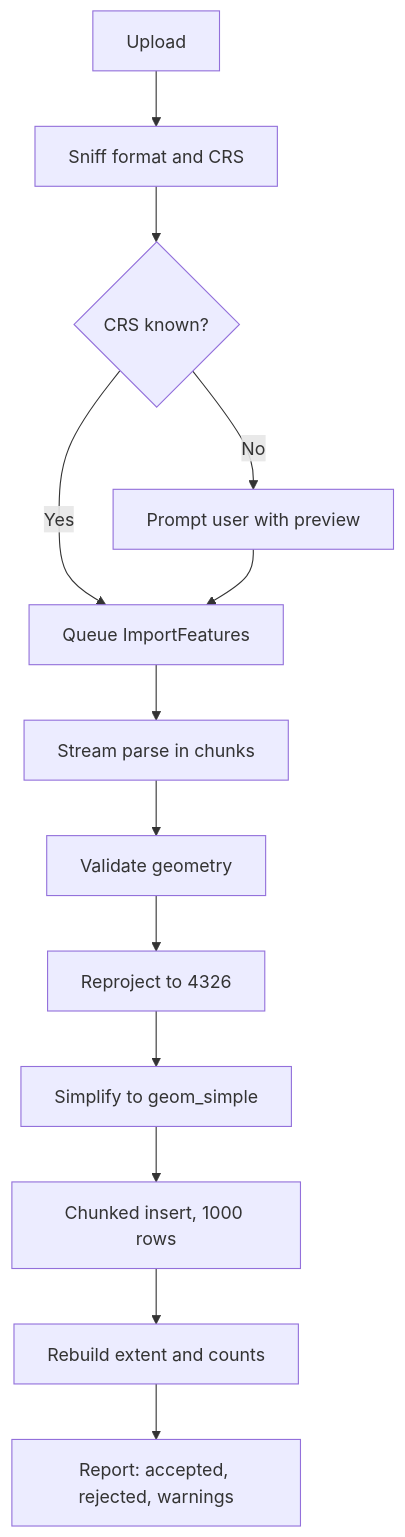
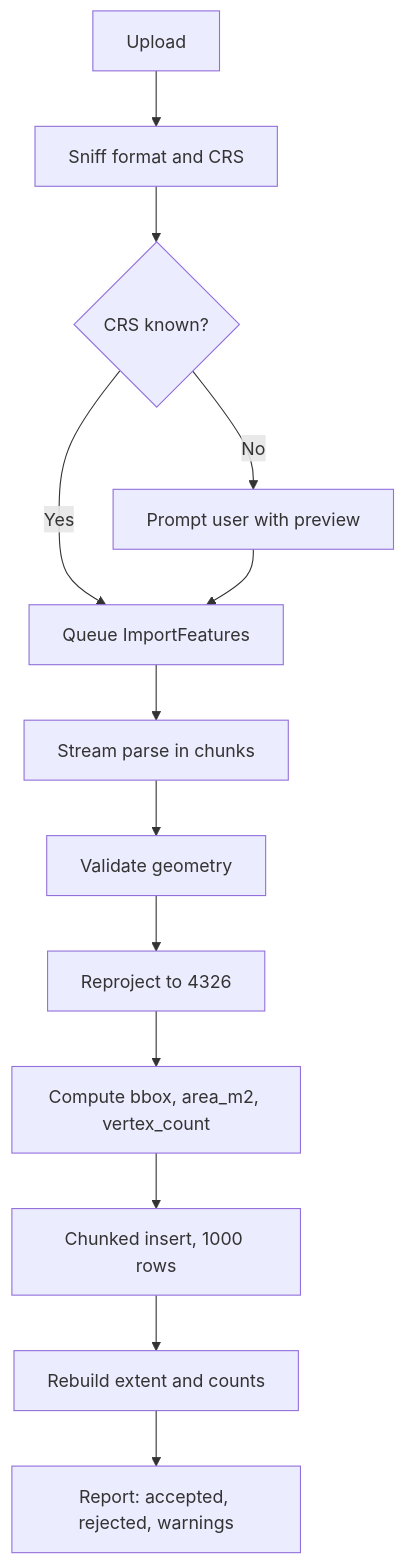
One commit to pahanggo/basebackend changed the third of 5 diagrams in packages/gis/specs/GIS Web Interface — Technical Specification.md. Above: the diagram before and after it, drawn with Mermaid. The commit also changed other lines of this file and 30 other files, not shown here.

````diff
--- a/packages/gis/specs/GIS Web Interface — Technical Specification.md
+++ b/packages/gis/specs/GIS Web Interface — Technical Specification.md
@@ -1507,15 +1533,15 @@
 ```mermaid
 flowchart TD
   A[Upload] --> B[Sniff format and CRS]
   B --> C{CRS known?}
   C -->|No| D[Prompt user with preview]
   C -->|Yes| E[Queue ImportFeatures]
   D --> E
   E --> F[Stream parse in chunks]
   F --> G[Validate geometry]
   G --> H[Reproject to 4326]
-  H --> I[Simplify to geom_simple]
+  H --> I[Compute bbox, area_m2, vertex_count]
   I --> J[Chunked insert, 1000 rows]
   J --> K[Rebuild extent and counts]
   K --> L[Report: accepted, rejected, warnings]
 ```
````
